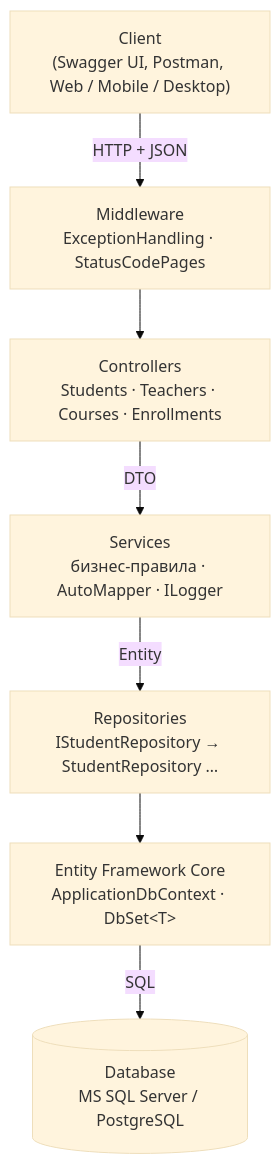
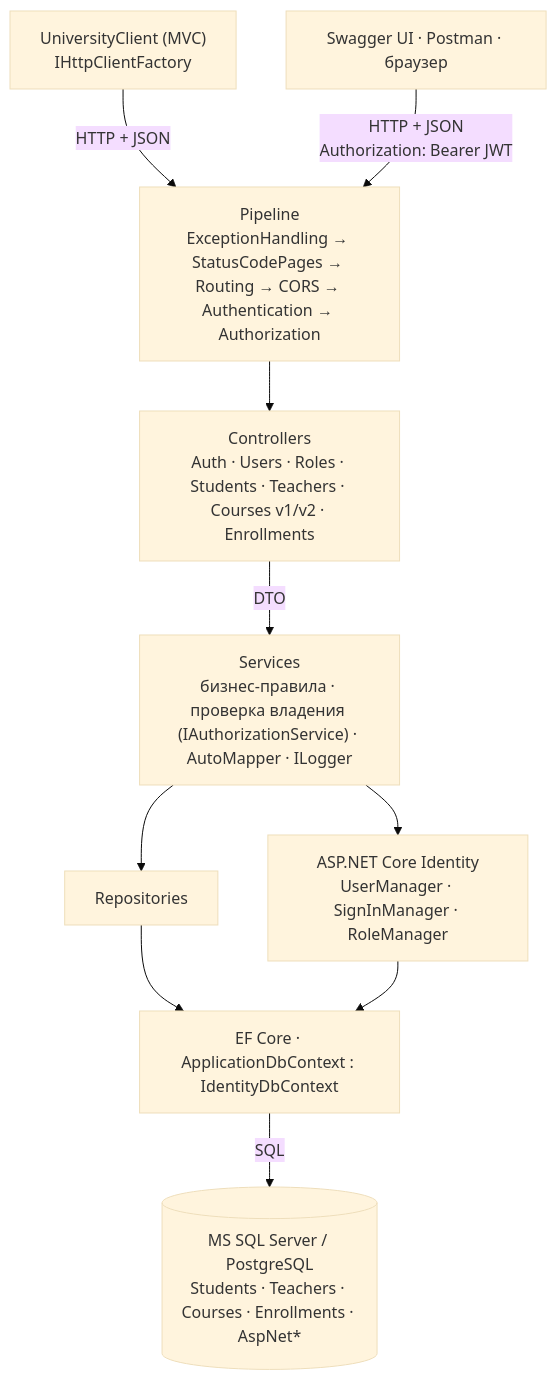
Before and after one commit to Styans/UniversityCourseManagement: the diagram in README.md, drawn with Mermaid (base theme). The commit also changed other lines of this file and 78 other files, not shown here.

Commit message:
Задание 2: Identity, JWT, роли и политики, версии API v1/v2, CORS, MVC-клиент

````diff
--- a/README.md
+++ b/README.md
@@ -24,9 +34,12 @@
 ```mermaid
 flowchart TD
-    C["Client<br/>(Swagger UI, Postman, Web / Mobile / Desktop)"] -->|HTTP + JSON| M["Middleware<br/>ExceptionHandling · StatusCodePages"]
-    M --> CT["Controllers<br/>Students · Teachers · Courses · Enrollments"]
-    CT -->|DTO| S["Services<br/>бизнес-правила · AutoMapper · ILogger"]
-    S -->|Entity| R["Repositories<br/>IStudentRepository → StudentRepository …"]
-    R --> EF["Entity Framework Core<br/>ApplicationDbContext · DbSet&lt;T&gt;"]
-    EF -->|SQL| DB[("Database<br/>MS SQL Server / PostgreSQL")]
+    C1["UniversityClient (MVC)<br/>IHttpClientFactory"] -->|HTTP + JSON| P
+    C2["Swagger UI · Postman · браузер"] -->|HTTP + JSON<br/>Authorization: Bearer JWT| P
+    P["Pipeline<br/>ExceptionHandling → StatusCodePages → Routing → CORS → Authentication → Authorization"] --> CT
+    CT["Controllers<br/>Auth · Users · Roles · Students · Teachers · Courses v1/v2 · Enrollments"] -->|DTO| S
+    S["Services<br/>бизнес-правила · проверка владения (IAuthorizationService) · AutoMapper · ILogger"] --> R
+    S --> ID["ASP.NET Core Identity<br/>UserManager · SignInManager · RoleManager"]
+    R["Repositories"] --> EF["EF Core · ApplicationDbContext : IdentityDbContext"]
+    ID --> EF
+    EF -->|SQL| DB[("MS SQL Server / PostgreSQL<br/>Students · Teachers · Courses · Enrollments · AspNet*")]
 ```
````
